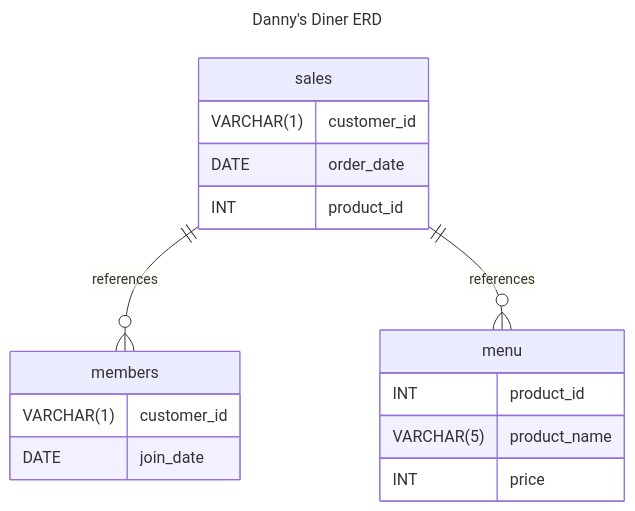
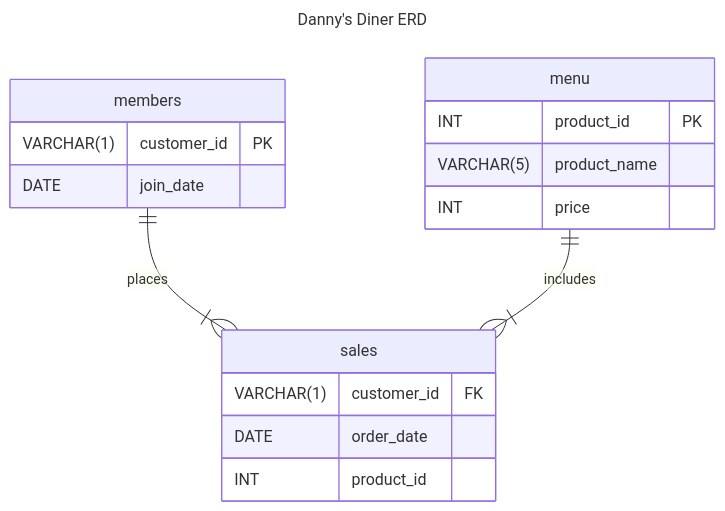
One commit to thanakorntha/sql-challenge changed the diagram in case-study-answers/case-1-danny-diner/README.md. Above: the diagram before and after it, drawn with Mermaid. The commit also changed other lines of this file, not shown here.

Commit message:
Amend image source and mermaid digram in case study 1 - README.md

````diff
--- a/case-study-answers/case-1-danny-diner/README.md
+++ b/case-study-answers/case-1-danny-diner/README.md
@@ -33,25 +33,23 @@
 ```mermaid
 ---
 title: Danny's Diner ERD
 ---
 erDiagram
-	sales ||--o{ members : references
-	sales ||--o{ menu : references
+    members ||--|{ sales : places
+    menu    ||--|{ sales : includes
 
+	menu {
+		INT product_id PK
+		VARCHAR(5) product_name
+		INT price
+	}
+	members {
+		VARCHAR(1) customer_id PK
+		DATE join_date
+	}
 	sales {
-		VARCHAR(1) customer_id
+		VARCHAR(1) customer_id FK
 		DATE order_date
 		INT product_id
 	}
-
-	menu {
-		INT product_id
-		VARCHAR(5) product_name
-		INT price
-	}
-
-	members {
-		VARCHAR(1) customer_id
-		DATE join_date
-	}
 ```
````
